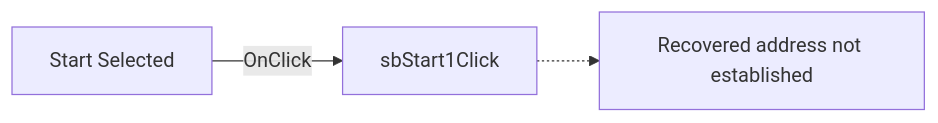
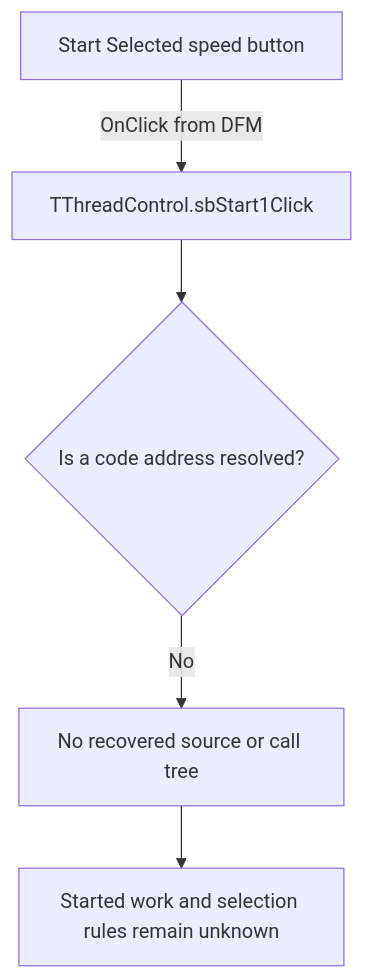
Before and after one commit to MovGP0/TIARA: the diagram in docs/ui-controls/threadcontrol/sbstart1-da510e6f88.md, drawn with Mermaid. The commit also changed other lines of this file and 1062 other files, not shown here.

````diff
--- a/docs/ui-controls/threadcontrol/sbstart1-da510e6f88.md
+++ b/docs/ui-controls/threadcontrol/sbstart1-da510e6f88.md
@@ -27,5 +29,7 @@
 ```mermaid
-flowchart LR
-    control["Start Selected"] -->|OnClick| handler["sbStart1Click"]
-    handler -.-> unresolved["Recovered address not established"]
+flowchart TD
+    control["Start Selected speed button"] -->|OnClick from DFM| binding["TThreadControl.sbStart1Click"]
+    binding --> address{"Is a code address resolved?"}
+    address -->|No| gap["No recovered source or call tree"]
+    gap --> unknown["Started work and selection rules remain unknown"]
 ```
````
